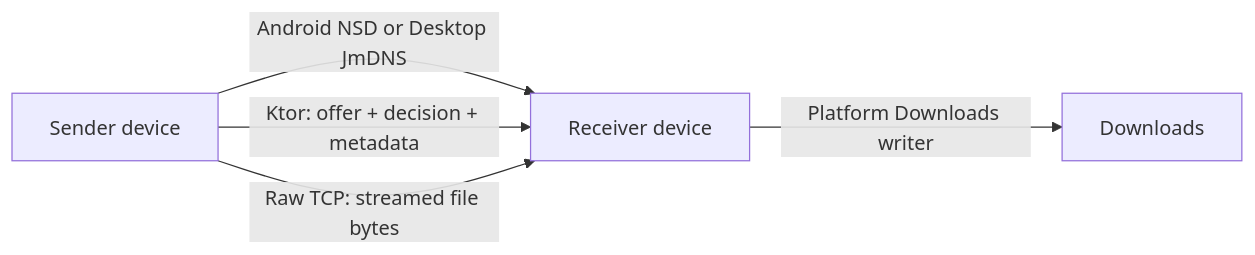
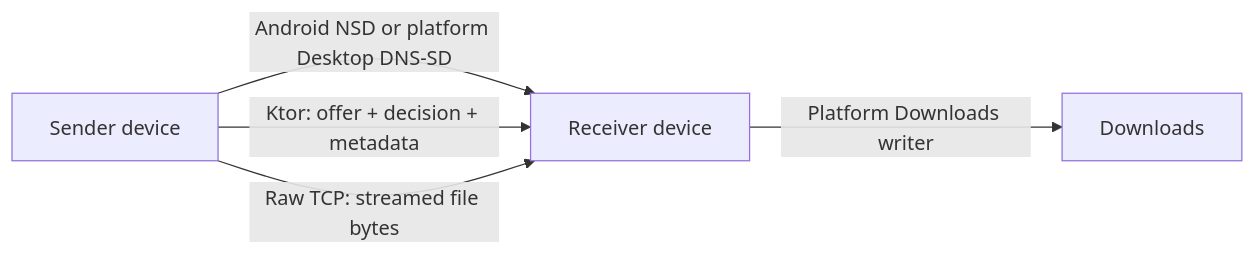
One commit to CodePandaaAI/Sync360 changed the diagram in README.md. Above: the diagram before and after it, drawn with Mermaid. The commit also changed other lines of this file and 15 other files, not shown here.

````diff
--- a/README.md
+++ b/README.md
@@ -91,7 +93,7 @@
 ```mermaid
 flowchart LR
-    A["Sender device"] -->|"Android NSD or Desktop JmDNS"| B["Receiver device"]
+    A["Sender device"] -->|"Android NSD or platform Desktop DNS-SD"| B["Receiver device"]
     A -->|"Ktor: offer + decision + metadata"| B
     A -->|"Raw TCP: streamed file bytes"| B
     B -->|"Platform Downloads writer"| D["Downloads"]
 ```
````
